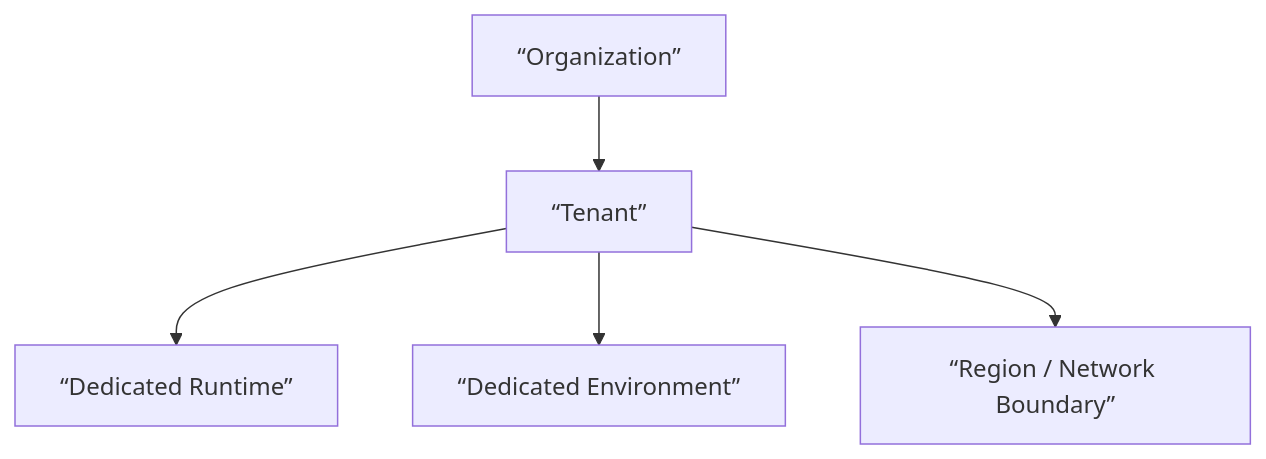
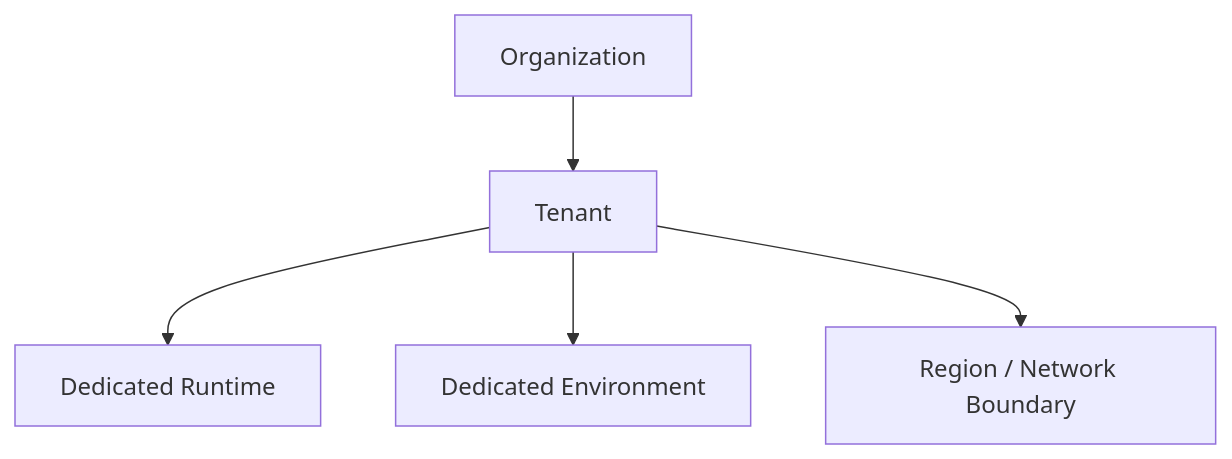
One commit to HoldenShen-hz/automatic-agent-platform changed the third of 3 diagrams in docs_en/contracts/tenant_and_organization_contract.md. Above: the diagram before and after it, drawn with Mermaid. The commit also changed other lines of this file and 146 other files, not shown here.

````diff
--- a/docs_en/contracts/tenant_and_organization_contract.md
+++ b/docs_en/contracts/tenant_and_organization_contract.md
@@ -171,7 +188,7 @@
 ```mermaid
 flowchart TD
-    A[“Organization”] --> B[“Tenant”]
-    B --> C[“Dedicated Runtime”]
-    B --> D[“Dedicated Environment”]
-    B --> E[“Region / Network Boundary”]
+    A["Organization"] --> B["Tenant"]
+    B --> C["Dedicated Runtime"]
+    B --> D["Dedicated Environment"]
+    B --> E["Region / Network Boundary"]
 ```
````
